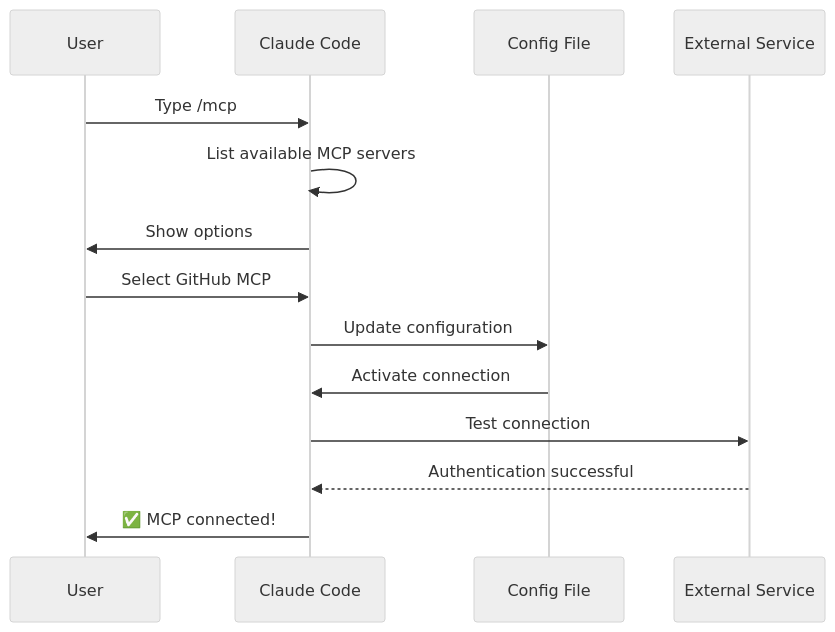
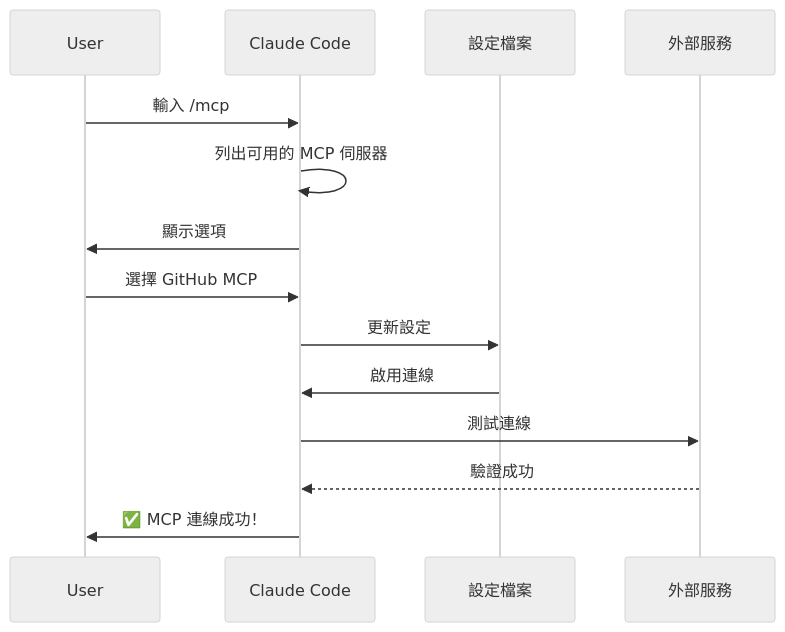
The third of 7 diagrams in 05-mcp/README.md (huckly/claude-howto-zh-tw), drawn with Mermaid (neutral theme) before and after one commit. The commit also changed other lines of this file, not shown here.

Commit message:
🔌 05-mcp：MCP Protocol — 同步上游更新並翻譯

````diff
--- a/05-mcp/README.md
+++ b/05-mcp/README.md
@@ -189,17 +177,17 @@
 ```mermaid
 sequenceDiagram
     participant User
     participant Claude as Claude Code
-    participant Config as Config File
-    participant Service as External Service
+    participant Config as 設定檔案
+    participant Service as 外部服務
 
-    User->>Claude: Type /mcp
-    Claude->>Claude: List available MCP servers
-    Claude->>User: Show options
-    User->>Claude: Select GitHub MCP
-    Claude->>Config: Update configuration
-    Config->>Claude: Activate connection
-    Claude->>Service: Test connection
-    Service-->>Claude: Authentication successful
-    Claude->>User: ✅ MCP connected!
+    User->>Claude: 輸入 /mcp
+    Claude->>Claude: 列出可用的 MCP 伺服器
+    Claude->>User: 顯示選項
+    User->>Claude: 選擇 GitHub MCP
+    Claude->>Config: 更新設定
+    Config->>Claude: 啟用連線
+    Claude->>Service: 測試連線
+    Service-->>Claude: 驗證成功
+    Claude->>User: ✅ MCP 連線成功！
 ```
````
